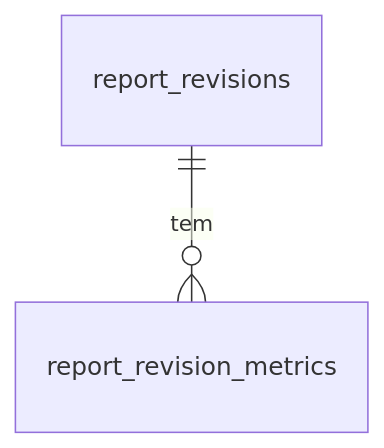
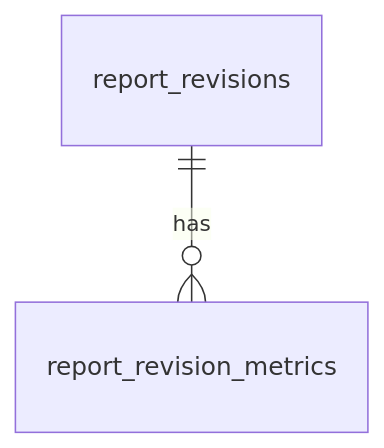
Before and after one commit to denysbp/Railtrace: diagram 11 of 17 in docs/schema.md, drawn with Mermaid. The commit also changed other lines of this file and 64 other files, not shown here.

````diff
--- a/docs/schema.md
+++ b/docs/schema.md
@@ -334,4 +334,4 @@
 ```mermaid
 erDiagram
-    report_revisions ||--o{ report_revision_metrics : "tem"
+    report_revisions ||--o{ report_revision_metrics : "has"
 ```
````
